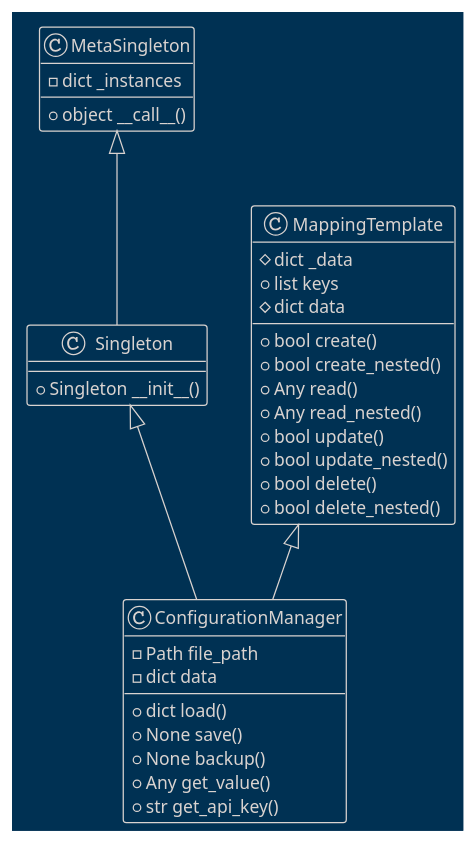
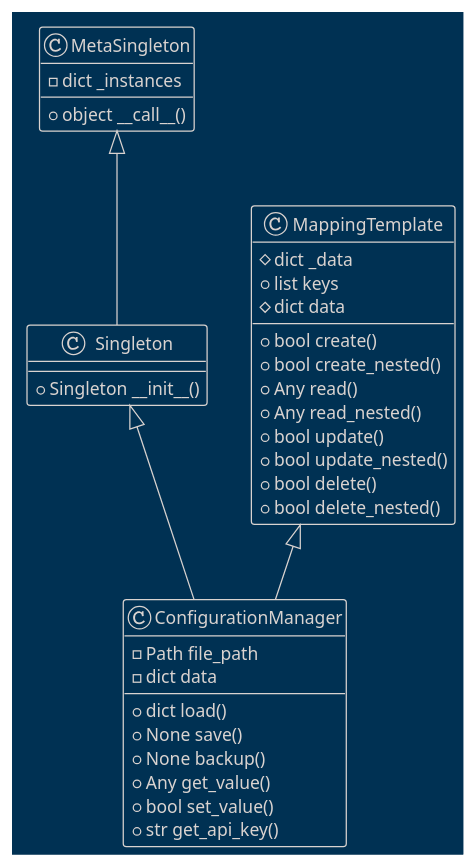
The diagram in docs/diagrams/plantuml/configuration_manager.puml (teleprint-me/py.gpt.prompt), drawn with PlantUML before and after one commit. The commit also changed 2 other files, not shown here.

Commit message:
docs: Update diagram class and relationship definitions

```diff
--- a/docs/diagrams/plantuml/configuration_manager.puml
+++ b/docs/diagrams/plantuml/configuration_manager.puml
@@ -1,38 +1,39 @@
 @startuml ConfigurationManager
 !theme blueprint
 
 ' docs/diagrams/plantuml/configuration_manager.puml
 
 class MetaSingleton {
   - dict _instances
   + object __call__()
 }
 
 class Singleton extends MetaSingleton {
   + Singleton __init__()
 }
 
 class MappingTemplate {
   # dict _data
   + list keys
   # dict data
   + bool create()
   + bool create_nested()
   + Any read()
   + Any read_nested()
   + bool update()
   + bool update_nested()
   + bool delete()
   + bool delete_nested()
 }
 
 class ConfigurationManager extends Singleton, MappingTemplate {
   - Path file_path
   - dict data
   + dict load()
   + None save()
   + None backup()
   + Any get_value()
+  + bool set_value()
   + str get_api_key()
 }
 @enduml
```
